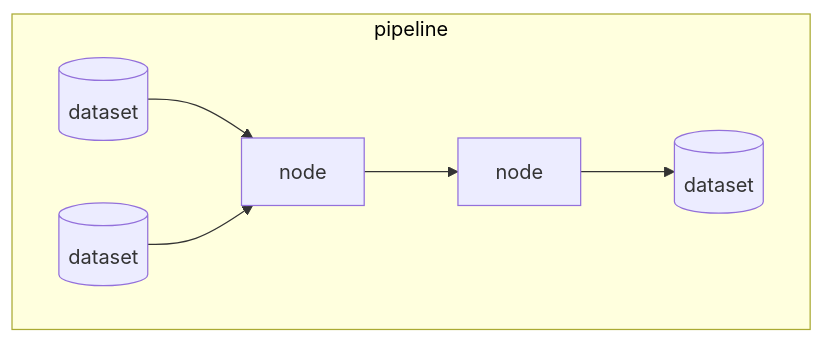
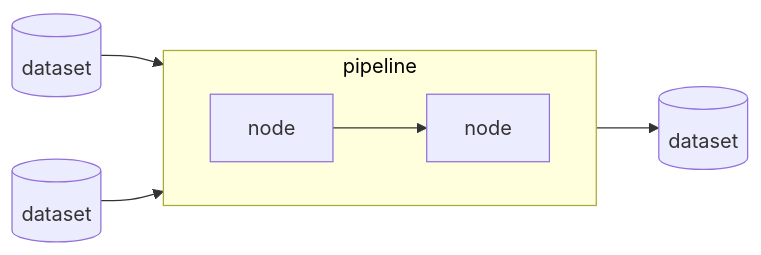
Before and after one commit to PetitLepton/pyconfr-2024: the first of 3 diagrams in presentation.qmd, drawn with Mermaid. The commit also changed other lines of this file, not shown here.

````diff
--- a/presentation.qmd
+++ b/presentation.qmd
@@ -137,21 +137,23 @@
 ```{mermaid}
 flowchart LR
 	node2[node]
 	node7[node]
 	
 	input1[(dataset)]
 	input2[(dataset)]
 	output[(dataset)]
 	
+	input1 --> node2
+	input2 --> node2
+
   subgraph pipeline[pipeline]
     direction LR
   	node2 --> node7
   	%% node3 --> node5 --> node7
-  	input1 --> node2
-  	input2 --> node2
   	%% input3 --> node5
-  	node7 --> output
   end
+
+  node7 --> output
 
   style pipeline color:#000
 ```
````
